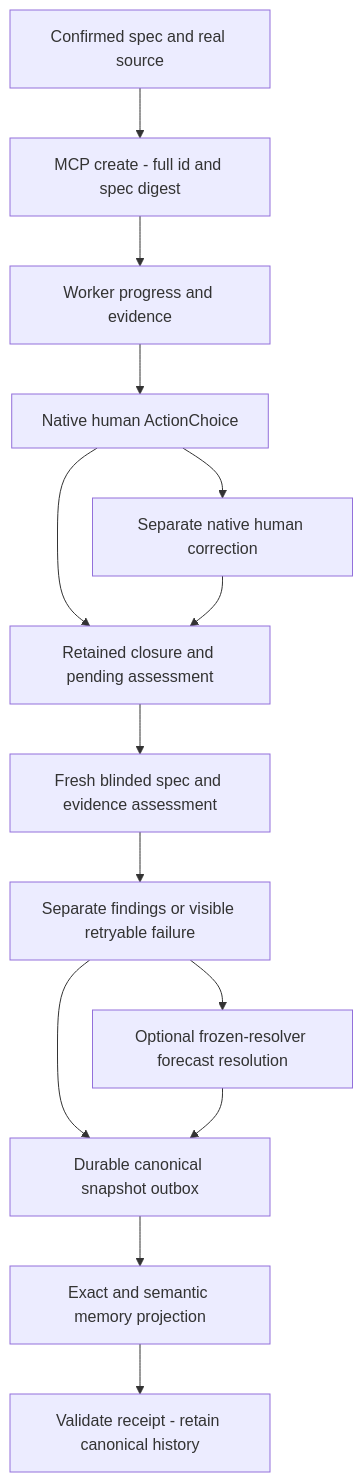
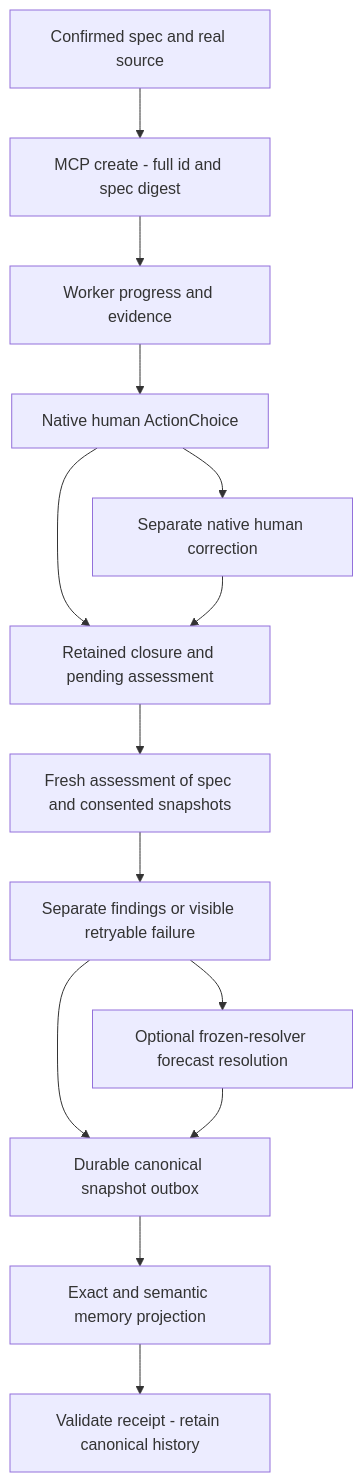
Before and after one commit to mdz-axo/zed-kask: the third of 3 diagrams in kask/docs/diagrams/kanban.md, drawn with Mermaid. The commit also changed other lines of this file and 60 other files, not shown here.

````diff
--- a/kask/docs/diagrams/kanban.md
+++ b/kask/docs/diagrams/kanban.md
@@ -111,16 +117,16 @@
 ```mermaid
 flowchart TD
     A[Confirmed spec and real source] --> B[MCP create - full id and spec digest]
     B --> C[Worker progress and evidence]
     C --> D[Native human ActionChoice]
     D --> E[Retained closure and pending assessment]
-    E --> F[Fresh blinded spec and evidence assessment]
+    E --> F[Fresh assessment of spec and consented snapshots]
     F --> G[Separate findings or visible retryable failure]
     G --> H[Optional frozen-resolver forecast resolution]
     G --> I[Durable canonical snapshot outbox]
     H --> I
     I --> J[Exact and semantic memory projection]
     J --> K[Validate receipt - retain canonical history]
     D --> L[Separate native human correction]
     L --> E
 ```
````
